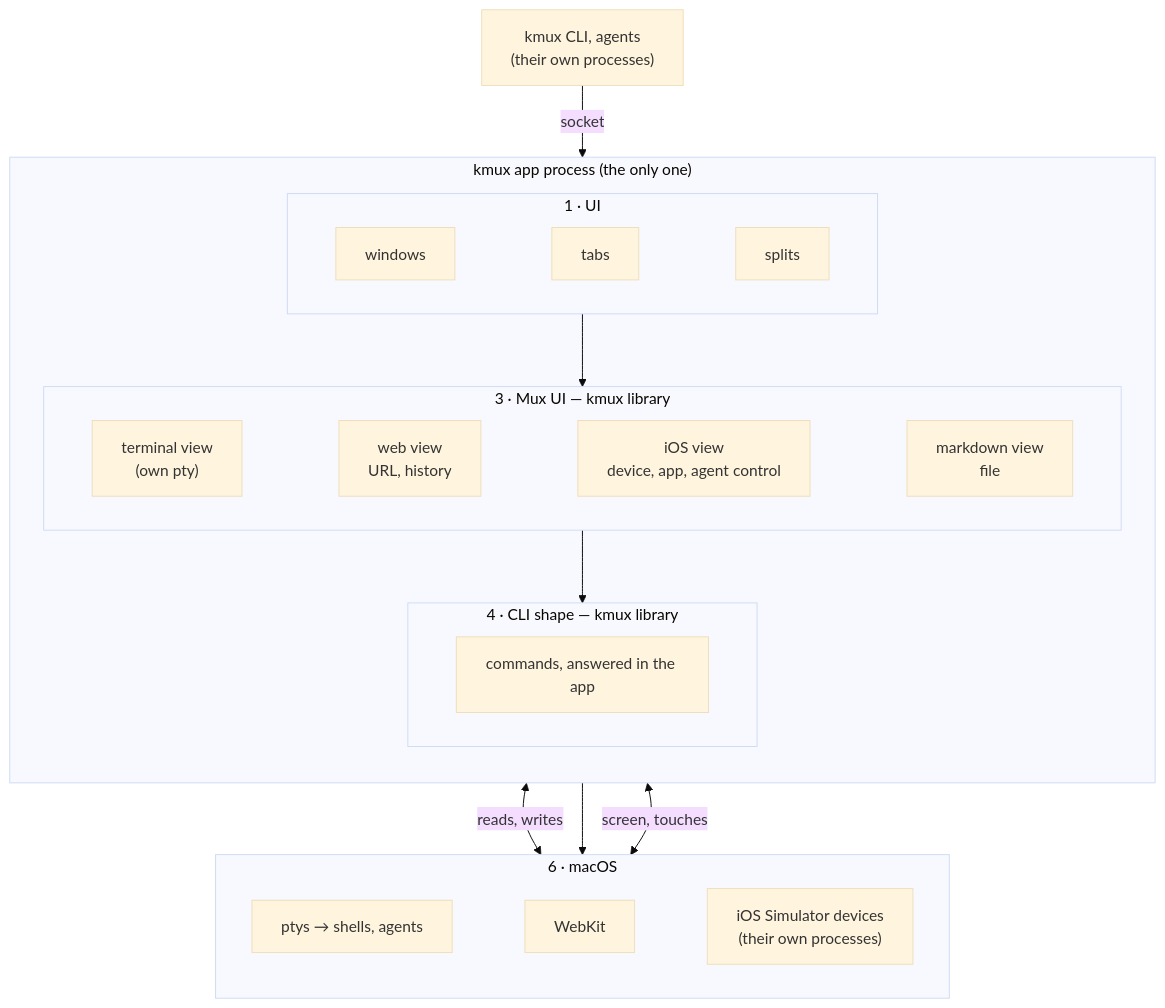
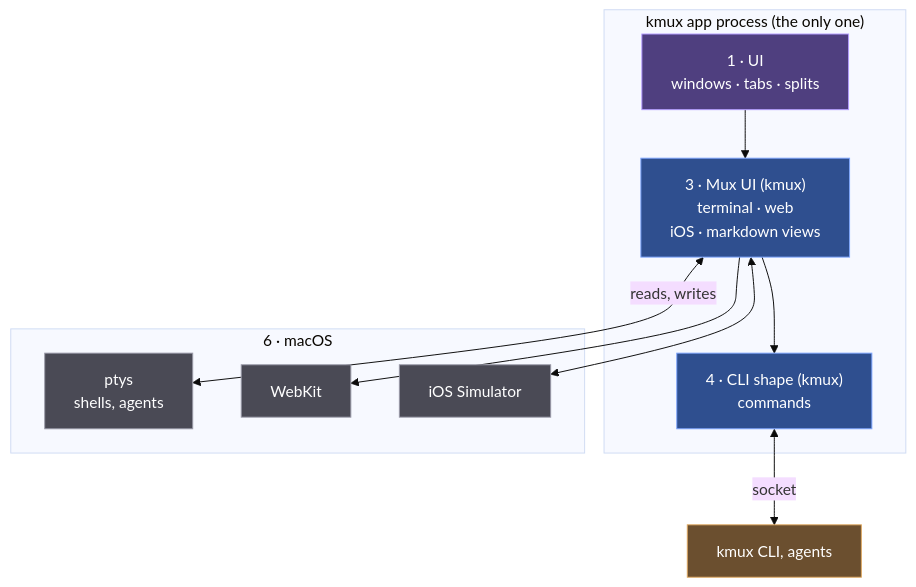
One commit to jemdiggity/kanna-v4 changed the second of 9 diagrams in docs/research/mux-architecture.md. Above: the diagram before and after it, drawn with Mermaid (base theme). The commit also changed other lines of this file, not shown here.

Commit message:
Mux architecture: beautify the diagrams (colours by owner, processes as boxes, layers as bars)

````diff
--- a/docs/research/mux-architecture.md
+++ b/docs/research/mux-architecture.md
@@ -88,27 +84,27 @@
 ```mermaid
 flowchart TB
-    CLI["kmux CLI, agents<br/>(their own processes)"]
-    subgraph PKM["kmux app process (the only one)"]
-        direction TB
-        subgraph K1["1 · UI"]
-            direction LR
-            WIN["windows"] ~~~ TABS["tabs"] ~~~ SPLITS["splits"]
-        end
-        subgraph K3["3 · Mux UI — kmux library"]
-            direction LR
-            TV["terminal view<br/>(own pty)"] ~~~ WV["web view<br/>URL, history"] ~~~ IV["iOS view<br/>device, app, agent control"] ~~~ MV["markdown view<br/>file"]
-        end
-        subgraph K4["4 · CLI shape — kmux library"]
-            CMD["commands, answered in the app"]
-        end
+    subgraph APP["kmux app process (the only one)"]
+        K1["1 · UI<br/>windows · tabs · splits"]
+        K3["3 · Mux UI (kmux)<br/>terminal · web<br/>iOS · markdown views"]
+        K4["4 · CLI shape (kmux)<br/>commands"]
         K1 --> K3 --> K4
     end
-    subgraph K6["6 · macOS"]
-        direction LR
-        PTY["ptys → shells, agents"] ~~~ WK["WebKit"] ~~~ SIM["iOS Simulator devices<br/>(their own processes)"]
+    subgraph OS["6 · macOS"]
+        PTY["ptys<br/>shells, agents"]
+        WK["WebKit"]
+        SIM["iOS Simulator"]
     end
-    CLI -->|"socket"| K4
-    TV <-->|"reads, writes"| PTY
-    WV --> WK
-    IV <-->|"screen, touches"| SIM
+    K4 <-->|"socket"| CLI["kmux CLI, agents"]
+    K3 <-->|"reads, writes"| PTY
+    K3 --> WK
+    K3 <--> SIM
+    classDef kanna fill:#2f6f4f,stroke:#6fcf97,color:#ffffff
+    classDef kmux fill:#2f4f8f,stroke:#7fa7ff,color:#ffffff
+    classDef kmuxapp fill:#4f3f7f,stroke:#b39cff,color:#ffffff
+    classDef os fill:#4a4a55,stroke:#9a9aa8,color:#ffffff
+    classDef ext fill:#6b4f2f,stroke:#e0a960,color:#ffffff
+    class K1 kmuxapp
+    class K3,K4 kmux
+    class PTY,WK,SIM os
+    class CLI ext
 ```
````
